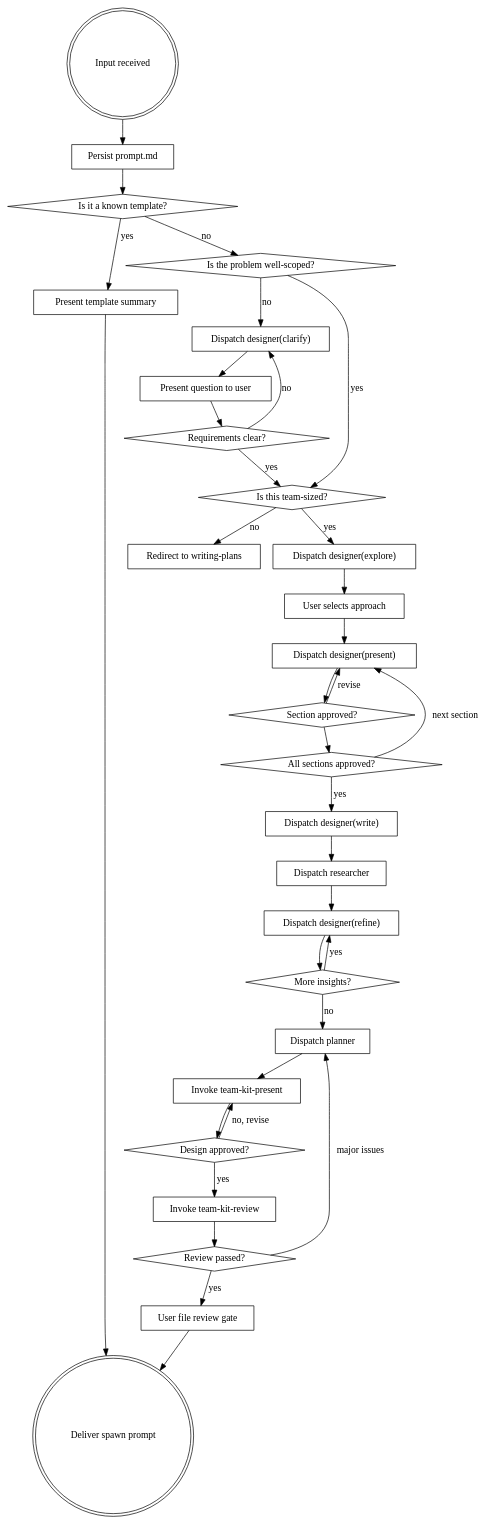
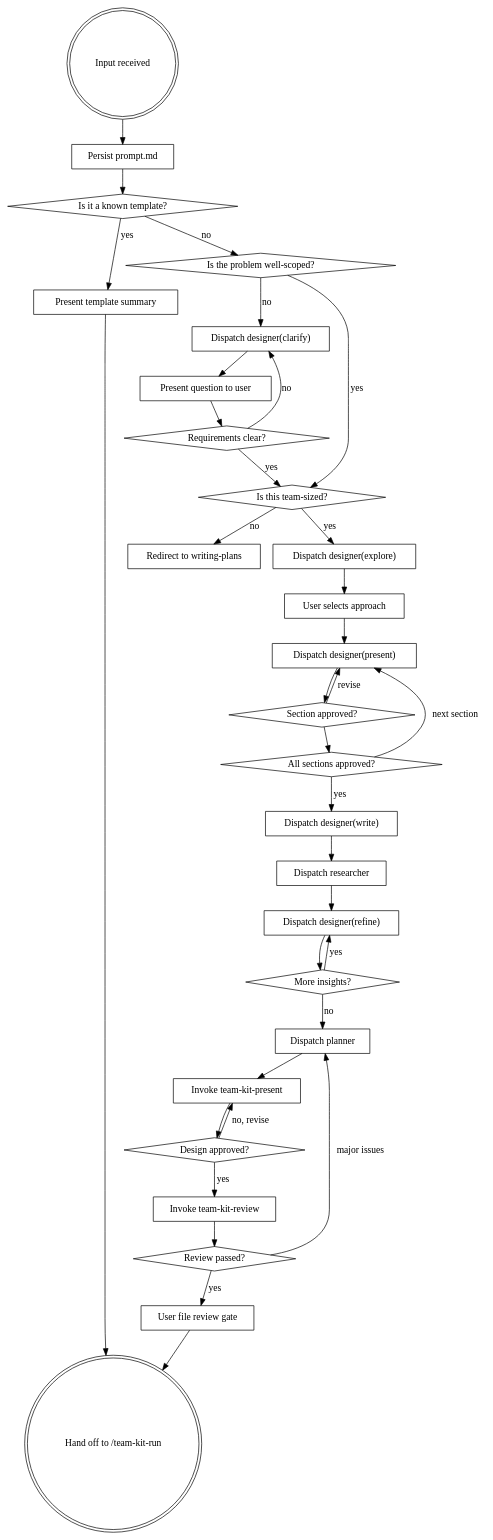
The diagram in skills/team-kit-create/SKILL.md (samelie/claude-plugin-pnpm), drawn with Graphviz before and after one commit. The commit also changed other lines of this file and 7 other files, not shown here.

First line of the commit message:
docs(claude-plugin-pnpm): reconsolidate team-kit/workflow methodology

````diff
--- a/skills/team-kit-create/SKILL.md
+++ b/skills/team-kit-create/SKILL.md
@@ -50,64 +50,64 @@
 ```dot
 digraph team_kit_create {
   "Input received" [shape=doublecircle];
   "Persist prompt.md" [shape=box];
   "Is it a known template?" [shape=diamond];
   "Present template summary" [shape=box];
   "Is the problem well-scoped?" [shape=diamond];
   "Dispatch designer(clarify)" [shape=box];
   "Present question to user" [shape=box];
   "Requirements clear?" [shape=diamond];
   "Is this team-sized?" [shape=diamond];
   "Redirect to writing-plans" [shape=box];
   "Dispatch designer(explore)" [shape=box];
   "User selects approach" [shape=box];
   "Dispatch designer(present)" [shape=box];
   "Section approved?" [shape=diamond];
   "All sections approved?" [shape=diamond];
   "Dispatch designer(write)" [shape=box];
   "Dispatch researcher" [shape=box];
   "Dispatch designer(refine)" [shape=box];
   "More insights?" [shape=diamond];
   "Dispatch planner" [shape=box];
   "Invoke team-kit-present" [shape=box];
   "Design approved?" [shape=diamond];
   "Invoke team-kit-review" [shape=box];
   "Review passed?" [shape=diamond];
   "User file review gate" [shape=box];
-  "Deliver spawn prompt" [shape=doublecircle];
+  "Hand off to /team-kit-run" [shape=doublecircle];
 
   "Input received" -> "Persist prompt.md";
   "Persist prompt.md" -> "Is it a known template?";
   "Is it a known template?" -> "Present template summary" [label="yes"];
-  "Present template summary" -> "Deliver spawn prompt";
+  "Present template summary" -> "Hand off to /team-kit-run";
   "Is it a known template?" -> "Is the problem well-scoped?" [label="no"];
   "Is the problem well-scoped?" -> "Dispatch designer(clarify)" [label="no"];
   "Dispatch designer(clarify)" -> "Present question to user";
   "Present question to user" -> "Requirements clear?";
   "Requirements clear?" -> "Dispatch designer(clarify)" [label="no"];
   "Requirements clear?" -> "Is this team-sized?" [label="yes"];
   "Is the problem well-scoped?" -> "Is this team-sized?" [label="yes"];
   "Is this team-sized?" -> "Redirect to writing-plans" [label="no"];
   "Is this team-sized?" -> "Dispatch designer(explore)" [label="yes"];
   "Dispatch designer(explore)" -> "User selects approach";
   "User selects approach" -> "Dispatch designer(present)";
   "Dispatch designer(present)" -> "Section approved?";
   "Section approved?" -> "Dispatch designer(present)" [label="revise"];
   "Section approved?" -> "All sections approved?";
   "All sections approved?" -> "Dispatch designer(present)" [label="next section"];
   "All sections approved?" -> "Dispatch designer(write)" [label="yes"];
   "Dispatch designer(write)" -> "Dispatch researcher";
   "Dispatch researcher" -> "Dispatch designer(refine)";
   "Dispatch designer(refine)" -> "More insights?";
   "More insights?" -> "Dispatch designer(refine)" [label="yes"];
   "More insights?" -> "Dispatch planner" [label="no"];
   "Dispatch planner" -> "Invoke team-kit-present";
   "Invoke team-kit-present" -> "Design approved?";
   "Design approved?" -> "Invoke team-kit-present" [label="no, revise"];
   "Design approved?" -> "Invoke team-kit-review" [label="yes"];
   "Invoke team-kit-review" -> "Review passed?";
   "Review passed?" -> "Dispatch planner" [label="major issues"];
   "Review passed?" -> "User file review gate" [label="yes"];
-  "User file review gate" -> "Deliver spawn prompt";
+  "User file review gate" -> "Hand off to /team-kit-run";
 }
 ```
````
